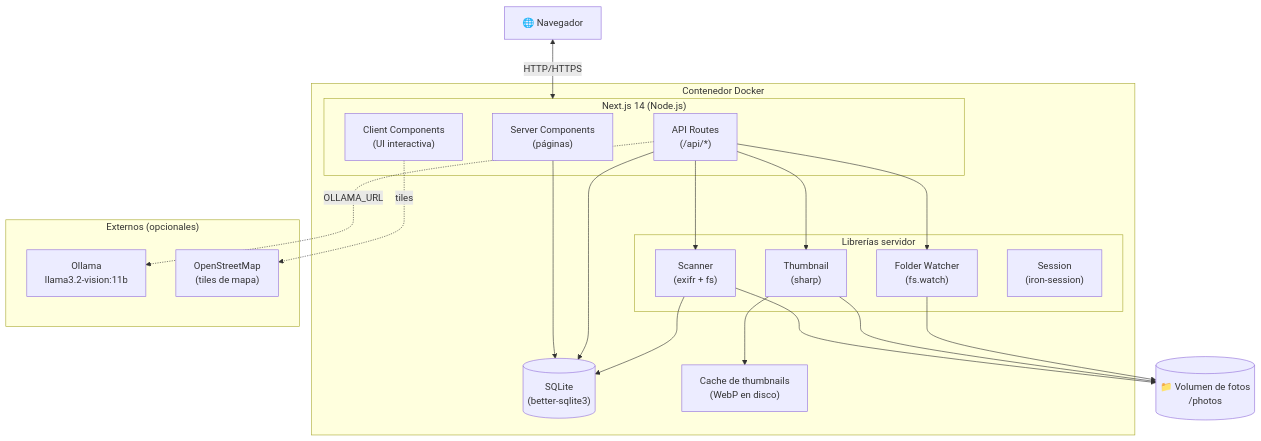
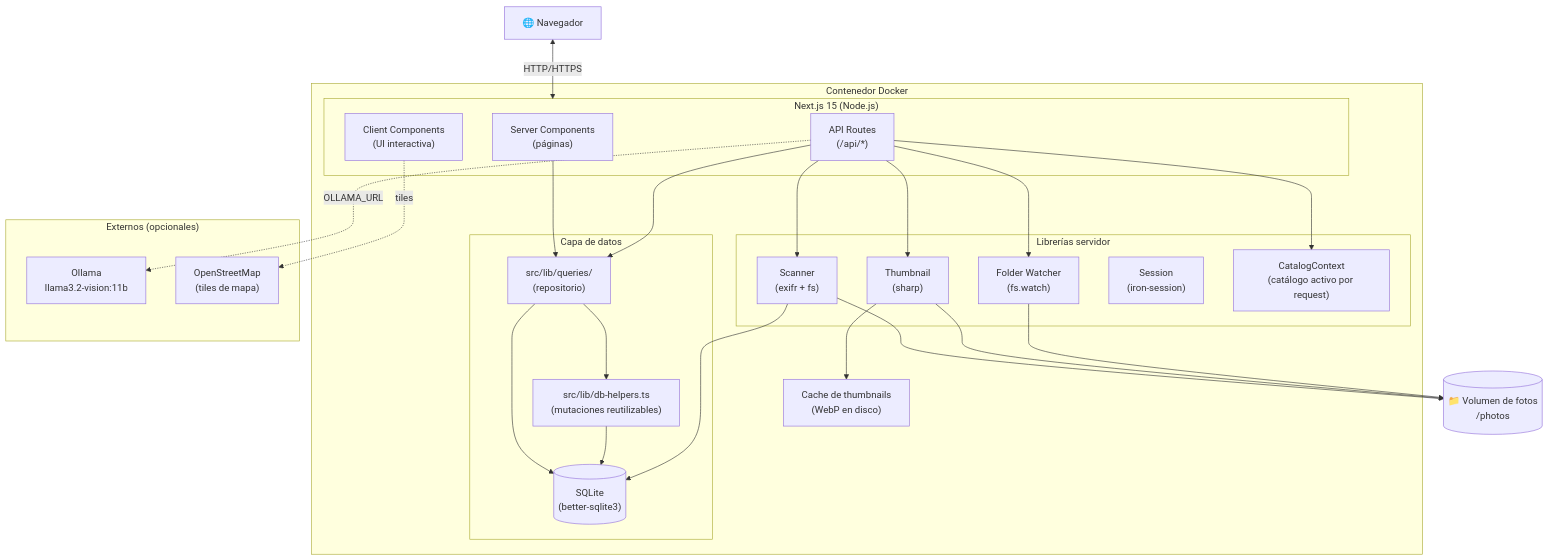
Before and after one commit to labombina7/photoshelf: the first of 3 diagrams in docs/tecnico/01-arquitectura.md, drawn with Mermaid. The commit also changed other lines of this file and 5 other files, not shown here.

````diff
--- a/docs/tecnico/01-arquitectura.md
+++ b/docs/tecnico/01-arquitectura.md
@@ -7,43 +7,53 @@
 ```mermaid
 graph TB
     Browser["🌐 Navegador"]
-    
+
     subgraph Container["Contenedor Docker"]
-        subgraph Next["Next.js 14 (Node.js)"]
+        subgraph Next["Next.js 15 (Node.js)"]
             RSC["Server Components\n(páginas)"]
             API["API Routes\n(/api/*)"]
             Client["Client Components\n(UI interactiva)"]
         end
-        
+
+        subgraph DataLayer["Capa de datos"]
+            Queries["src/lib/queries/\n(repositorio)"]
+            Helpers["src/lib/db-helpers.ts\n(mutaciones reutilizables)"]
+            DB[("SQLite\n(better-sqlite3)")]
+        end
+
         subgraph Libs["Librerías servidor"]
             Scanner["Scanner\n(exifr + fs)"]
             Thumb["Thumbnail\n(sharp)"]
             Watcher["Folder Watcher\n(fs.watch)"]
             Session["Session\n(iron-session)"]
+            CatalogCtx["CatalogContext\n(catálogo activo por request)"]
         end
-        
-        DB[("SQLite\n(better-sqlite3)")]
+
         Cache["Cache de thumbnails\n(WebP en disco)"]
     end
-    
+
     subgraph External["Externos (opcionales)"]
         Ollama["Ollama\nllama3.2-vision:11b"]
         OSM["OpenStreetMap\n(tiles de mapa)"]
     end
-    
+
     PhotosVol[("📁 Volumen de fotos\n/photos")]
-    
+
     Browser <-->|"HTTP/HTTPS"| Next
-    RSC --> DB
-    API --> DB
+    RSC --> Queries
+    API --> Queries
+    Queries --> Helpers
+    Queries --> DB
+    Helpers --> DB
     API --> Scanner
     API --> Thumb
     API --> Watcher
+    API --> CatalogCtx
     Scanner --> PhotosVol
     Scanner --> DB
     Thumb --> PhotosVol
     Thumb --> Cache
     Watcher --> PhotosVol
     API -.->|"OLLAMA_URL"| Ollama
     Client -.->|"tiles"| OSM
 ```
````
